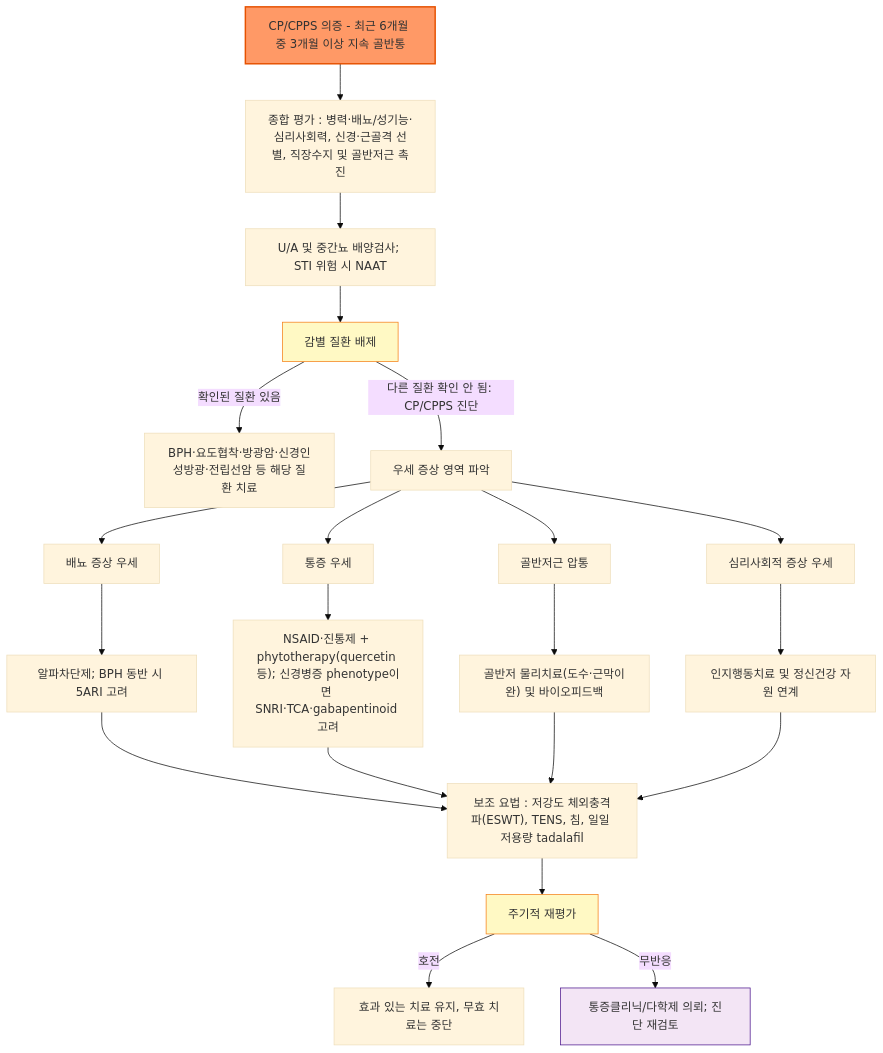
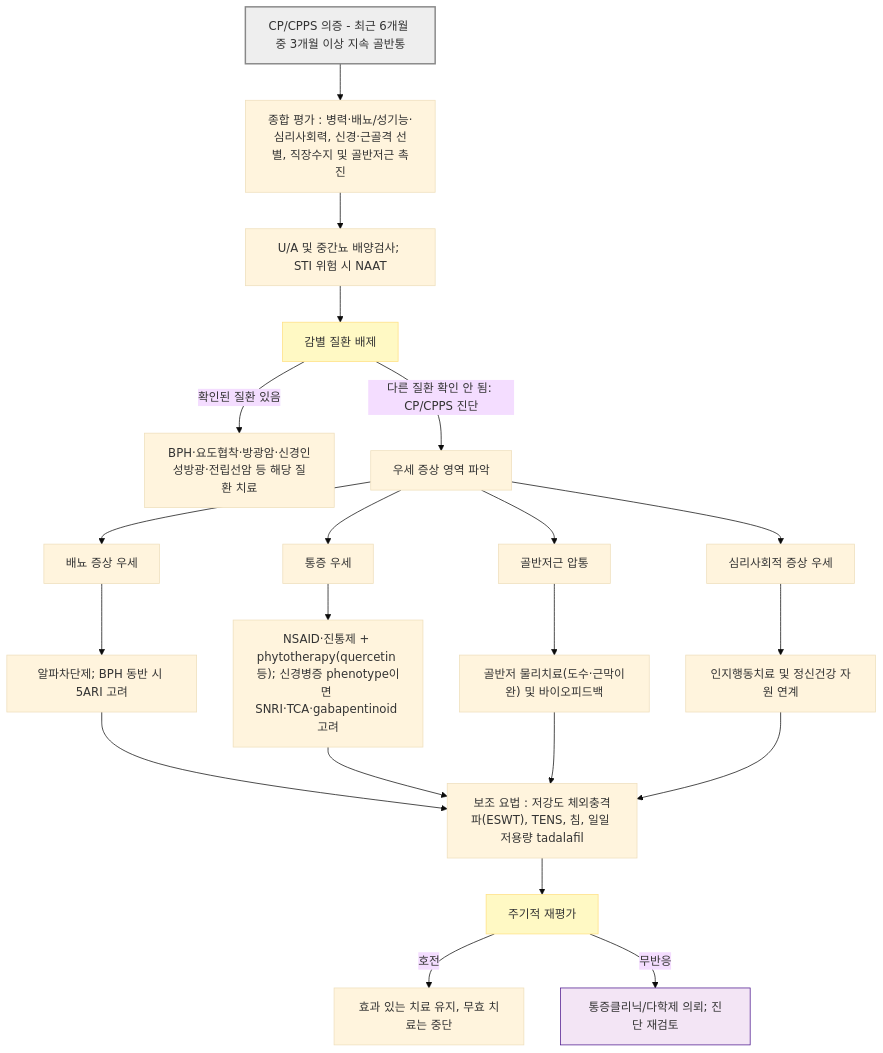
The second of 2 diagrams in 227_/120_-prostatitis.md (familyoh77/familyoh77), drawn with Mermaid (base theme) before and after one commit. The commit also changed other lines of this file, not shown here.

````diff
--- a/227_/120_-prostatitis.md
+++ b/227_/120_-prostatitis.md
@@ -236,32 +236,32 @@
 ```mermaid
 graph TD
     Start["CP/CPPS 의증 - 최근 6개월 중 3개월 이상 지속 골반통"] --> Eval["종합 평가 : 병력·배뇨/성기능·심리사회력, 신경·근골격 선별, 직장수지 및 골반저근 촉진"]
     Eval --> Lab["U/A 및 중간뇨 배양검사; STI 위험 시 NAAT"]
     Lab --> ExclQ["감별 질환 배제"]
     ExclQ -->|"확인된 질환 있음"| Confusable["BPH·요도협착·방광암·신경인성방광·전립선암 등 해당 질환 치료"]
     ExclQ -->|"다른 질환 확인 안 됨: CP/CPPS 진단"| Domain["우세 증상 영역 파악"]
 
     Domain --> Voiding["배뇨 증상 우세"]
     Domain --> Pain["통증 우세"]
     Domain --> PFM["골반저근 압통"]
     Domain --> Psych["심리사회적 증상 우세"]
 
     Voiding --> TxVoid["알파차단제; BPH 동반 시 5ARI 고려"]
     Pain --> TxPain["NSAID·진통제 + phytotherapy(quercetin 등); 신경병증 phenotype이면 SNRI·TCA·gabapentinoid 고려"]
     PFM --> TxPFM["골반저 물리치료(도수·근막이완) 및 바이오피드백"]
     Psych --> TxPsych["인지행동치료 및 정신건강 자원 연계"]
 
     TxVoid --> Adjunct["보조 요법 : 저강도 체외충격파(ESWT), TENS, 침, 일일 저용량 tadalafil"]
     TxPain --> Adjunct
     TxPFM --> Adjunct
     TxPsych --> Adjunct
 
     Adjunct --> Reassess["주기적 재평가"]
     Reassess -->|"호전"| Continue["효과 있는 치료 유지, 무효 치료는 중단"]
     Reassess -->|"무반응"| MDT["통증클리닉/다학제 의뢰; 진단 재검토"]
 
-    style Start fill:#f96,stroke:#e65100,stroke-width:2px
-    style ExclQ fill:#fff9c4,stroke:#f57f17
-    style Reassess fill:#fff9c4,stroke:#f57f17
+    style Start fill:#eeeeee,stroke:#888888,stroke-width:2px
+    style ExclQ fill:#fff9c4,stroke:#ffe082
+    style Reassess fill:#fff9c4,stroke:#ffe082
     style MDT fill:#f3e5f5,stroke:#4a148c
 ```
````
